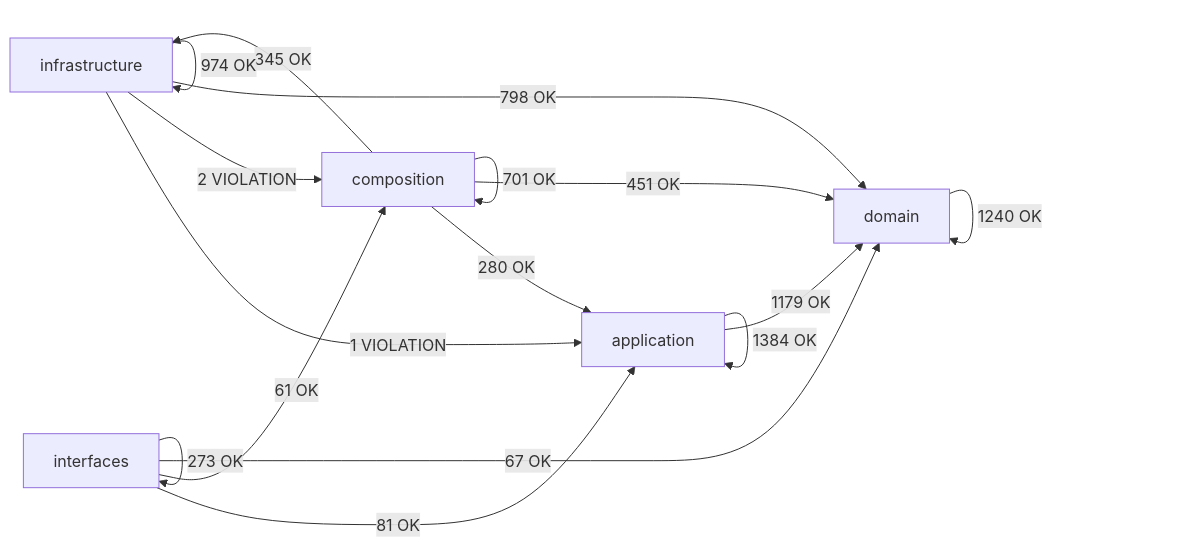
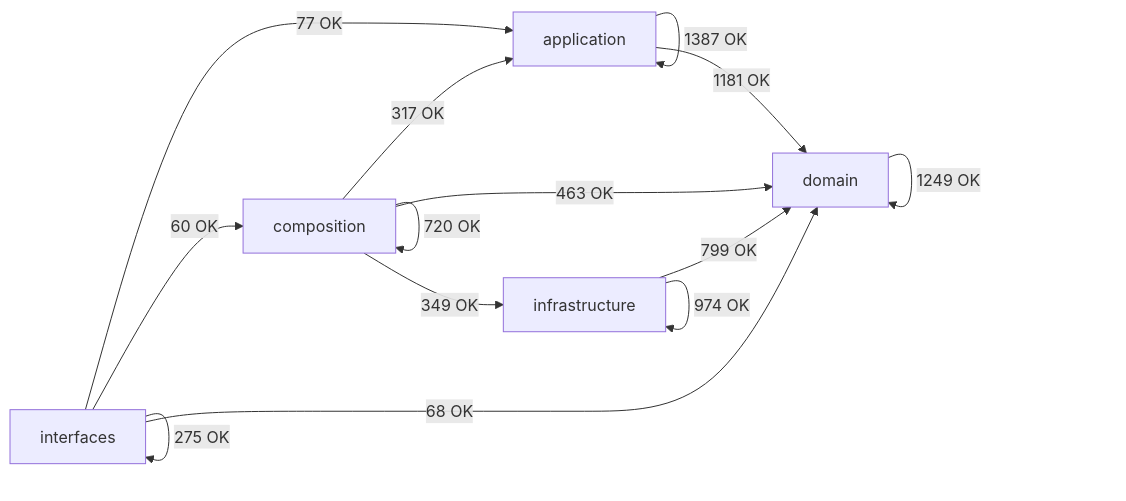
One commit to SatoryKono/BioactivityDataAcquisition changed the diagram in docs/02-architecture/generated/module-dependency-map.md. Above: the diagram before and after it, drawn with Mermaid. The commit also changed other lines of this file and 485 other files, not shown here.

````diff
--- a/docs/02-architecture/generated/module-dependency-map.md
+++ b/docs/02-architecture/generated/module-dependency-map.md
@@ -17,23 +17,21 @@
 ```mermaid
 flowchart LR
     domain[domain]
     application[application]
     infrastructure[infrastructure]
     composition[composition]
     interfaces[interfaces]
-    application -->|1384 OK| application
-    application -->|1179 OK| domain
-    composition -->|280 OK| application
-    composition -->|701 OK| composition
-    composition -->|451 OK| domain
-    composition -->|345 OK| infrastructure
-    domain -->|1240 OK| domain
-    infrastructure -->|1 VIOLATION| application
-    infrastructure -->|2 VIOLATION| composition
-    infrastructure -->|798 OK| domain
+    application -->|1387 OK| application
+    application -->|1181 OK| domain
+    composition -->|317 OK| application
+    composition -->|720 OK| composition
+    composition -->|463 OK| domain
+    composition -->|349 OK| infrastructure
+    domain -->|1249 OK| domain
+    infrastructure -->|799 OK| domain
     infrastructure -->|974 OK| infrastructure
-    interfaces -->|81 OK| application
-    interfaces -->|61 OK| composition
-    interfaces -->|67 OK| domain
-    interfaces -->|273 OK| interfaces
+    interfaces -->|77 OK| application
+    interfaces -->|60 OK| composition
+    interfaces -->|68 OK| domain
+    interfaces -->|275 OK| interfaces
 ```
````
